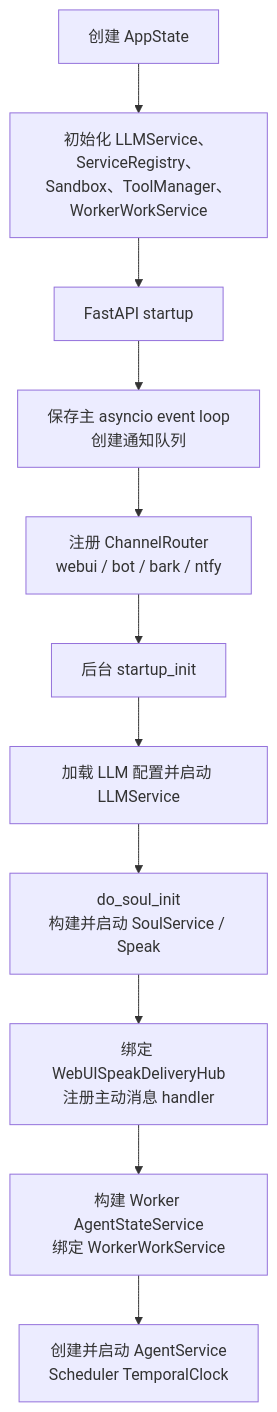
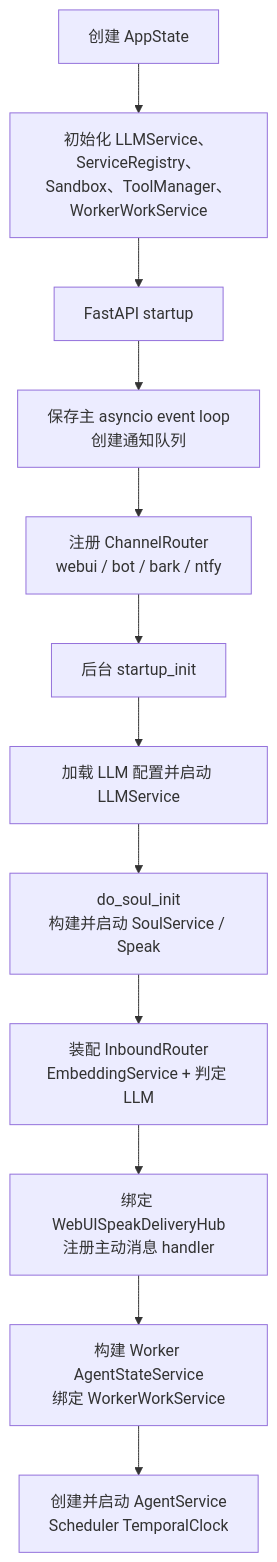
The first of 3 diagrams in docs/webui/README.md (SunsettiaSama/Animus), drawn with Mermaid before and after one commit. The commit also changed other lines of this file and 251 other files, not shown here.

````diff
--- a/docs/webui/README.md
+++ b/docs/webui/README.md
@@ -32,13 +34,14 @@
 ```mermaid
 flowchart TD
     A["创建 AppState"] --> B["初始化 LLMService、ServiceRegistry、Sandbox、ToolManager、WorkerWorkService"]
     B --> C["FastAPI startup"]
     C --> D["保存主 asyncio event loop<br/>创建通知队列"]
     D --> E["注册 ChannelRouter<br/>webui / bot / bark / ntfy"]
     E --> F["后台 startup_init"]
-    F --> G["加载 LLM 配置并启动 LLMService"]
+    F -->     G["加载 LLM 配置并启动 LLMService"]
     G --> H["do_soul_init<br/>构建并启动 SoulService / Speak"]
-    H --> I["绑定 WebUISpeakDeliveryHub<br/>注册主动消息 handler"]
+    H --> IR["装配 InboundRouter<br/>EmbeddingService + 判定 LLM"]
+    IR --> I["绑定 WebUISpeakDeliveryHub<br/>注册主动消息 handler"]
     I --> J["构建 Worker AgentStateService<br/>绑定 WorkerWorkService"]
     J --> K["创建并启动 AgentService<br/>Scheduler TemporalClock"]
 ```
````
